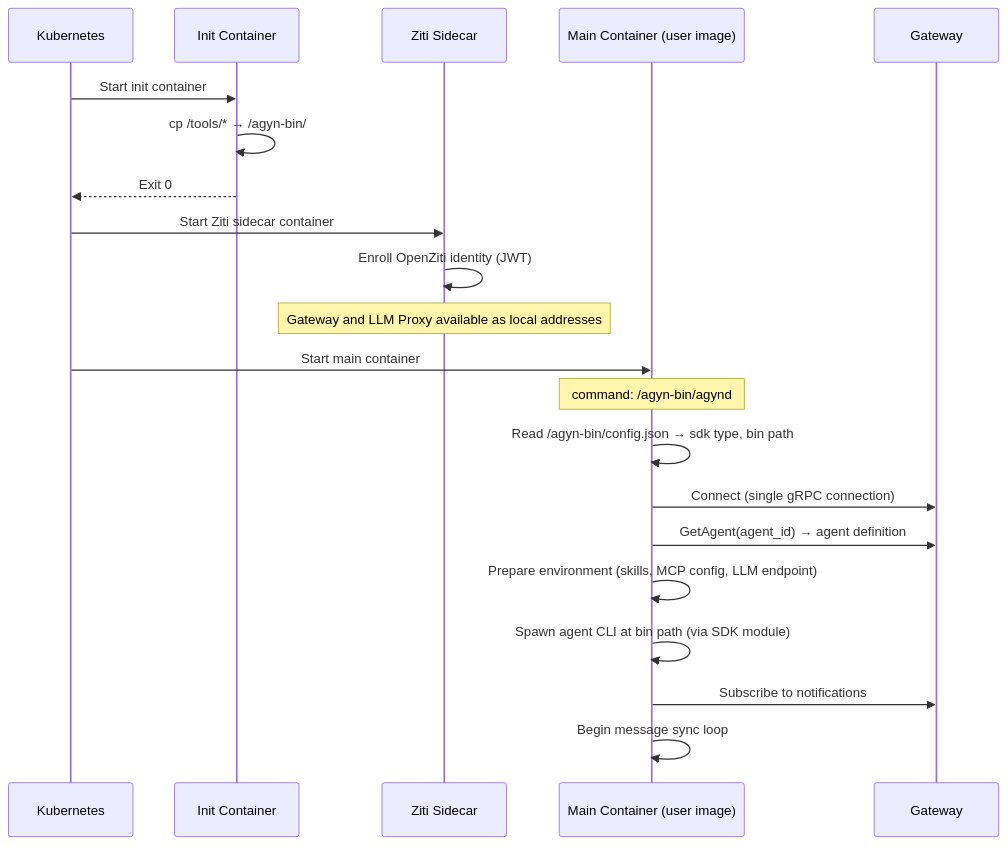
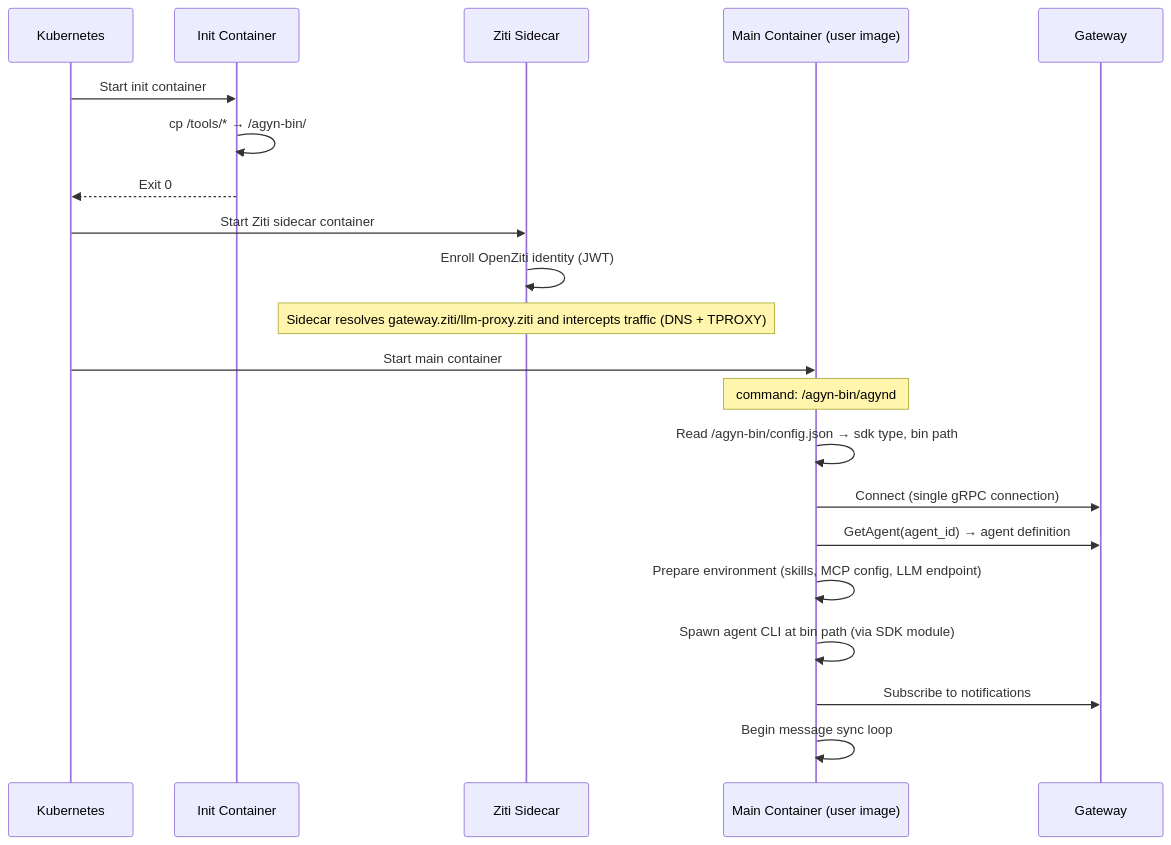
One commit to agynio/architecture changed the second of 2 diagrams in architecture/agent-init.md. Above: the diagram before and after it, drawn with Mermaid. The commit also changed other lines of this file and 5 other files, not shown here.

Commit message:
fix: describe ziti sidecar interception

````diff
--- a/architecture/agent-init.md
+++ b/architecture/agent-init.md
@@ -199,27 +199,27 @@
 ```mermaid
 sequenceDiagram
     participant K as Kubernetes
     participant IC as Init Container
     participant ZS as Ziti Sidecar
     participant MC as Main Container (user image)
     participant GW as Gateway
 
     K->>IC: Start init container
     IC->>IC: cp /tools/* → /agyn-bin/
     IC-->>K: Exit 0
 
     K->>ZS: Start Ziti sidecar container
     ZS->>ZS: Enroll OpenZiti identity (JWT)
-    Note over ZS: Gateway and LLM Proxy available as local addresses
+    Note over ZS: Sidecar resolves gateway.ziti/llm-proxy.ziti and intercepts traffic (DNS + TPROXY)
 
     K->>MC: Start main container
     Note over MC: command: /agyn-bin/agynd
 
     MC->>MC: Read /agyn-bin/config.json → sdk type, bin path
     MC->>GW: Connect (single gRPC connection)
     MC->>GW: GetAgent(agent_id) → agent definition
     MC->>MC: Prepare environment (skills, MCP config, LLM endpoint)
     MC->>MC: Spawn agent CLI at bin path (via SDK module)
     MC->>GW: Subscribe to notifications
     MC->>MC: Begin message sync loop
 ```
````
